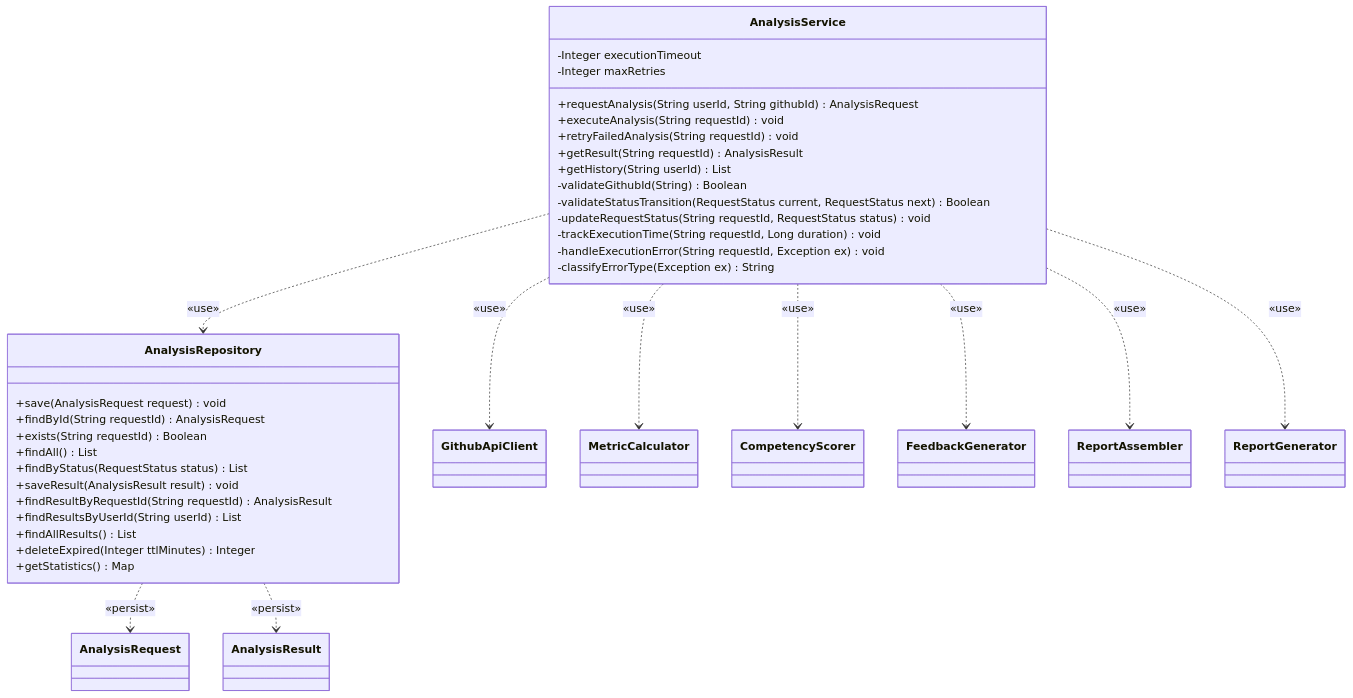
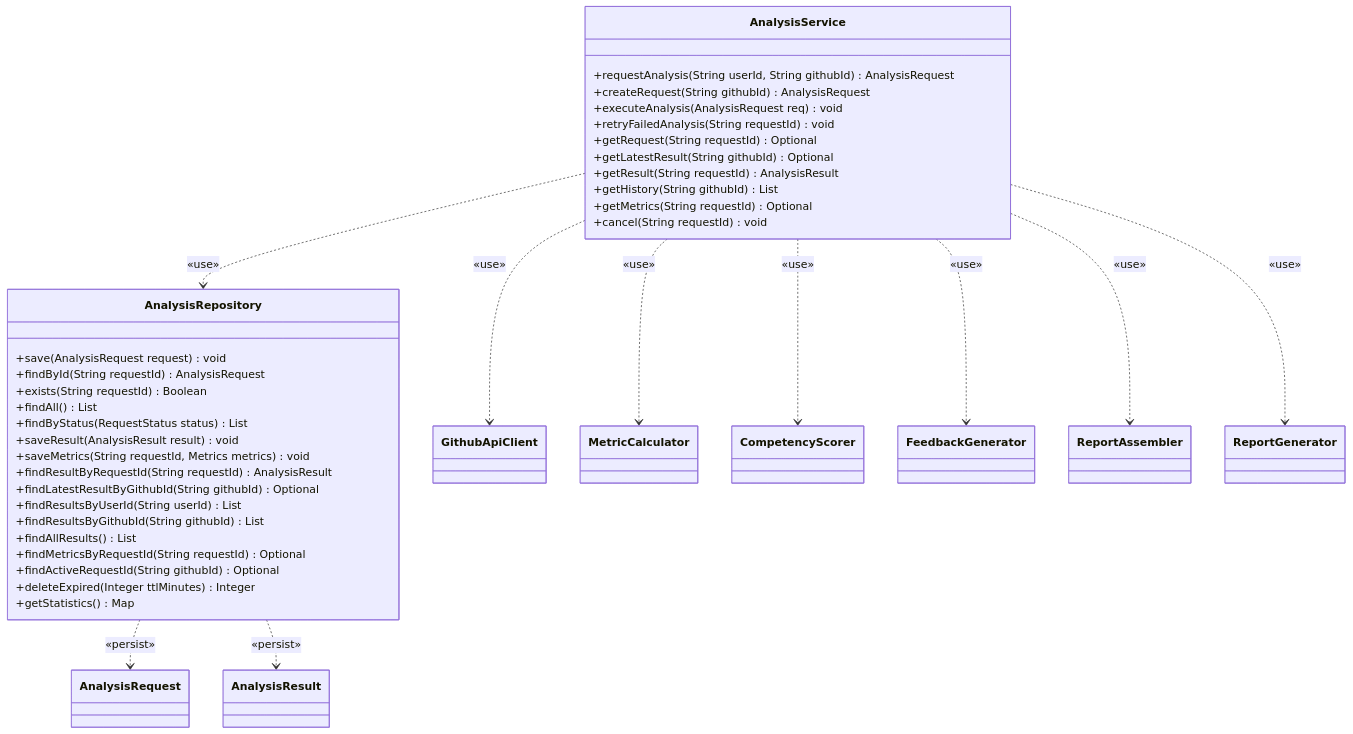
One commit to NotHyoone/OSS_Design changed the ninth of 15 diagrams in Design_[22212046_안효원].md. Above: the diagram before and after it, drawn with Mermaid. The commit also changed other lines of this file and 5 other files, not shown here.

````diff
--- a/Design_[22212046_안효원].md
+++ b/Design_[22212046_안효원].md
@@ -613,44 +596,46 @@
 ```mermaid
 classDiagram
     direction TB
 
     class AnalysisService {
-        -Integer executionTimeout
-        -Integer maxRetries
         +requestAnalysis(String userId, String githubId) AnalysisRequest
-        +executeAnalysis(String requestId) void
+        +createRequest(String githubId) AnalysisRequest
+        +executeAnalysis(AnalysisRequest req) void
         +retryFailedAnalysis(String requestId) void
+        +getRequest(String requestId) Optional
+        +getLatestResult(String githubId) Optional
         +getResult(String requestId) AnalysisResult
-        +getHistory(String userId) List
-        -validateGithubId(String) Boolean
-        -validateStatusTransition(RequestStatus current, RequestStatus next) Boolean
-        -updateRequestStatus(String requestId, RequestStatus status) void
-        -trackExecutionTime(String requestId, Long duration) void
-        -handleExecutionError(String requestId, Exception ex) void
-        -classifyErrorType(Exception ex) String
+        +getHistory(String githubId) List
+        +getMetrics(String requestId) Optional
+        +cancel(String requestId) void
     }
 
     class AnalysisRepository {
         +save(AnalysisRequest request) void
         +findById(String requestId) AnalysisRequest
         +exists(String requestId) Boolean
         +findAll() List
         +findByStatus(RequestStatus status) List
         +saveResult(AnalysisResult result) void
+        +saveMetrics(String requestId, Metrics metrics) void
         +findResultByRequestId(String requestId) AnalysisResult
+        +findLatestResultByGithubId(String githubId) Optional
         +findResultsByUserId(String userId) List
+        +findResultsByGithubId(String githubId) List
         +findAllResults() List
+        +findMetricsByRequestId(String requestId) Optional
+        +findActiveRequestId(String githubId) Optional
         +deleteExpired(Integer ttlMinutes) Integer
         +getStatistics() Map
     }
 
     AnalysisService ..> GithubApiClient : «use»
     AnalysisService ..> MetricCalculator : «use»
     AnalysisService ..> CompetencyScorer : «use»
     AnalysisService ..> FeedbackGenerator : «use»
     AnalysisService ..> ReportAssembler : «use»
     AnalysisService ..> ReportGenerator : «use»
     AnalysisService ..> AnalysisRepository : «use»
     AnalysisRepository ..> AnalysisRequest : «persist»
     AnalysisRepository ..> AnalysisResult : «persist»
 ```
````
